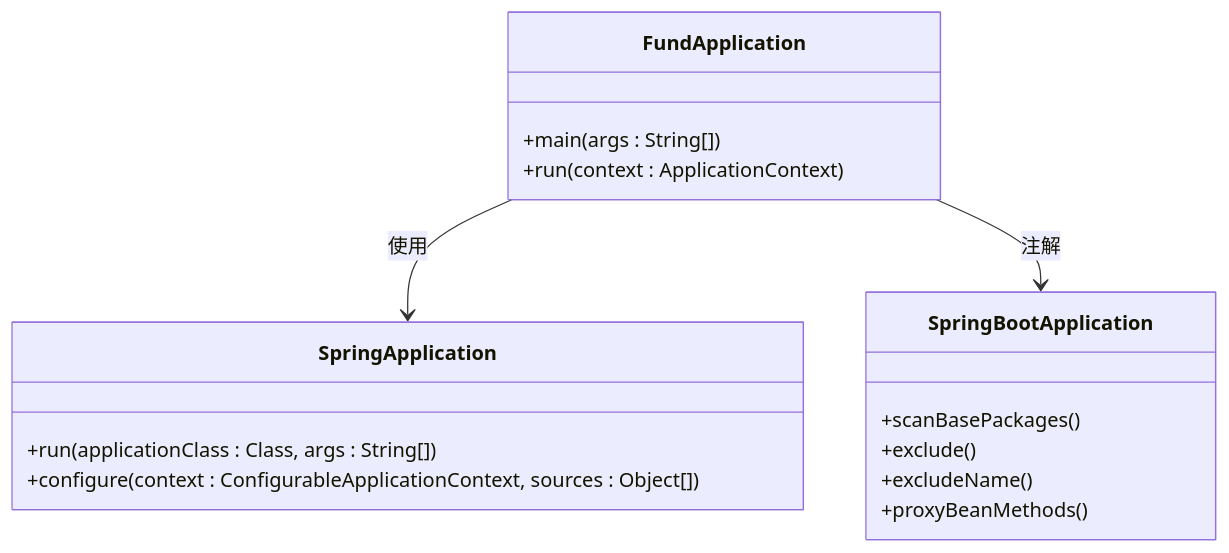
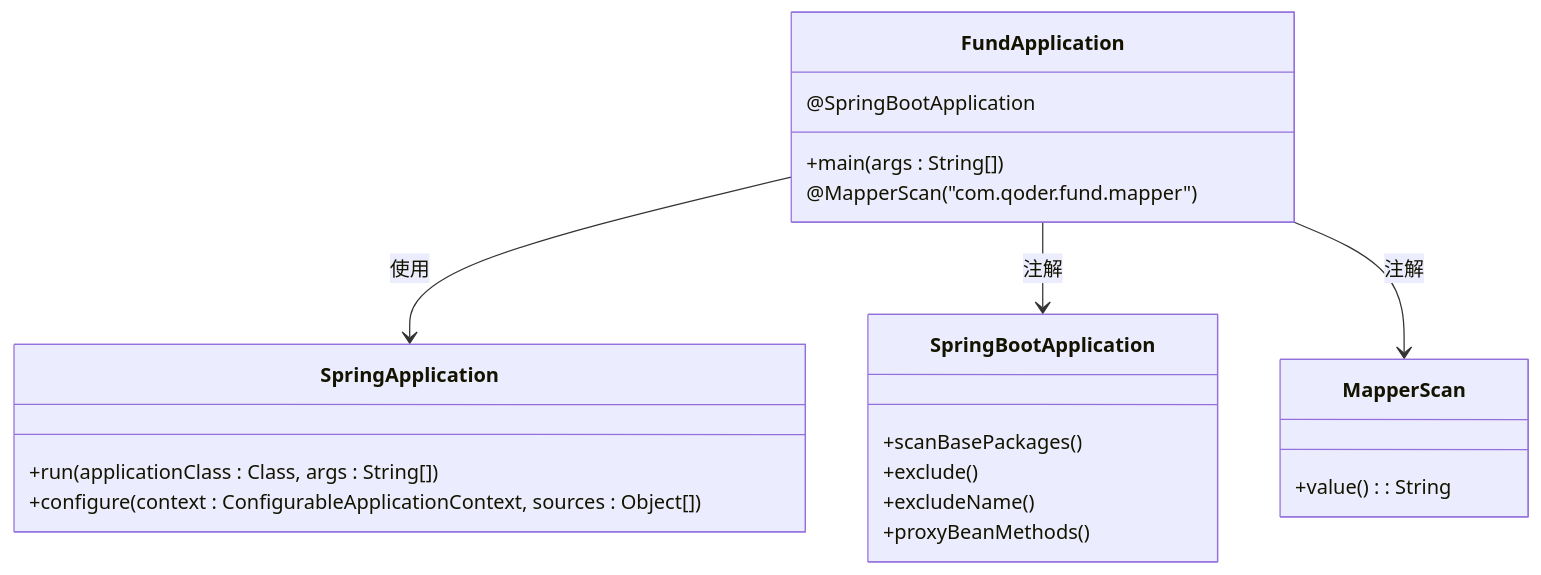
One commit to gree-coder/fund-butler changed the second of 8 diagrams in .qoder/repowiki/zh/content/项目概述.md. Above: the diagram before and after it, drawn with Mermaid. The commit also changed other lines of this file and 10 other files, not shown here.

````diff
--- a/.qoder/repowiki/zh/content/项目概述.md
+++ b/.qoder/repowiki/zh/content/项目概述.md
@@ -75,19 +99,24 @@
 ```mermaid
 classDiagram
 class FundApplication {
 +main(args : String[])
-+run(context : ApplicationContext)
+@MapperScan("com.qoder.fund.mapper")
+@SpringBootApplication
 }
 class SpringApplication {
 +run(applicationClass : Class, args : String[])
 +configure(context : ConfigurableApplicationContext, sources : Object[])
 }
 class SpringBootApplication {
 +scanBasePackages()
 +exclude()
 +excludeName()
 +proxyBeanMethods()
 }
+class MapperScan {
++value() : String
+}
 FundApplication --> SpringApplication : 使用
 FundApplication --> SpringBootApplication : 注解
+FundApplication --> MapperScan : 注解
 ```
````
